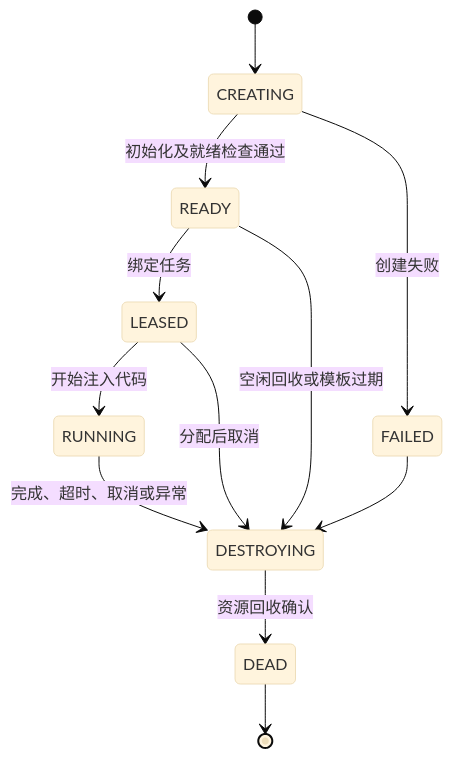
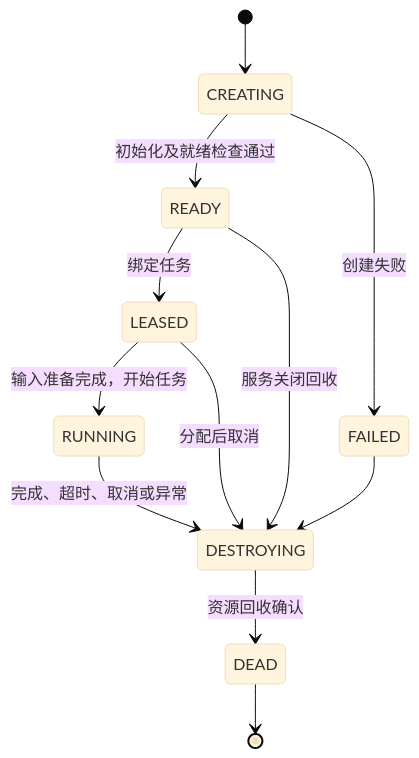
The second of 2 diagrams in DESIGN.md (X1Kun/AgentBox), drawn with Mermaid (base theme) before and after one commit. The commit also changed other lines of this file and 31 other files, not shown here.

````diff
--- a/DESIGN.md
+++ b/DESIGN.md
@@ -136,14 +136,14 @@
 ```mermaid
 stateDiagram-v2
     [*] --> CREATING
     CREATING --> READY: 初始化及就绪检查通过
     CREATING --> FAILED: 创建失败
     READY --> LEASED: 绑定任务
-    LEASED --> RUNNING: 开始注入代码
+    LEASED --> RUNNING: 输入准备完成，开始任务
     RUNNING --> DESTROYING: 完成、超时、取消或异常
     LEASED --> DESTROYING: 分配后取消
-    READY --> DESTROYING: 空闲回收或模板过期
+    READY --> DESTROYING: 服务关闭回收
     FAILED --> DESTROYING
     DESTROYING --> DEAD: 资源回收确认
     DEAD --> [*]
 ```
````
